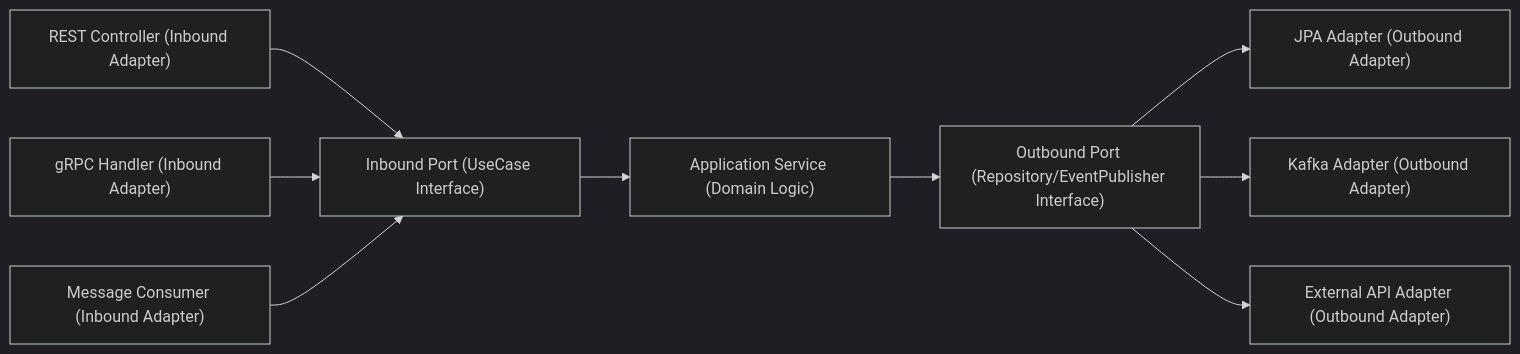
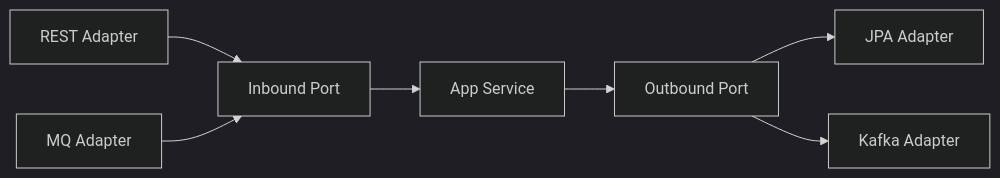
Before and after one commit to yjkim2015/yjkim2015.github.io: the fourth of 7 diagrams in _posts/architecture/2026-05-12-ddd-hexagonal-deep-dive.md, drawn with Mermaid (dark theme). The commit also changed other lines of this file and 245 other files, not shown here.

First line of the commit message:
Mermaid 다이어그램 전면 수정 + 면접 포인트 접기/펼치기 + DB 데드락 페이지

````diff
--- a/_posts/architecture/2026-05-12-ddd-hexagonal-deep-dive.md
+++ b/_posts/architecture/2026-05-12-ddd-hexagonal-deep-dive.md
@@ -277,17 +277,9 @@
 ```mermaid
 graph LR
-    REST["REST Controller (Inbound Adapter)"]
-    GRPC["gRPC Handler (Inbound Adapter)"]
-    MQ["Message Consumer (Inbound Adapter)"]
-
-    REST --> IP["Inbound Port (UseCase Interface)"]
-    GRPC --> IP
-    MQ --> IP
-
-    IP --> APP["Application Service (Domain Logic)"]
-    APP --> OP["Outbound Port (Repository/EventPublisher Interface)"]
-
-    OP --> JPA["JPA Adapter (Outbound Adapter)"]
-    OP --> KAFKA["Kafka Adapter (Outbound Adapter)"]
-    OP --> EXT["External API Adapter (Outbound Adapter)"]
+    REST["REST Adapter"] --> IP["Inbound Port"]
+    MQ["MQ Adapter"] --> IP
+    IP --> APP["App Service"]
+    APP --> OP["Outbound Port"]
+    OP --> JPA["JPA Adapter"]
+    OP --> KAFKA["Kafka Adapter"]
 ```
````
